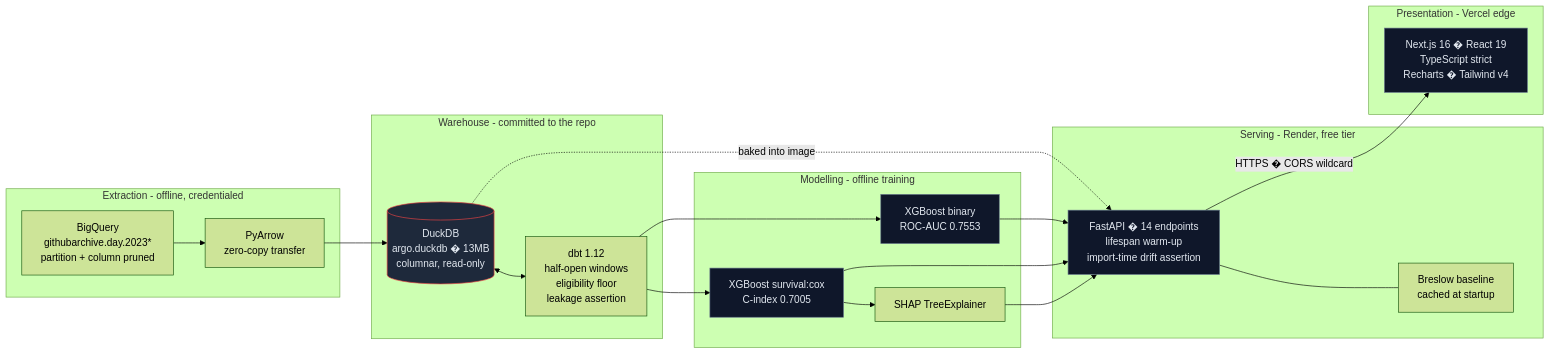
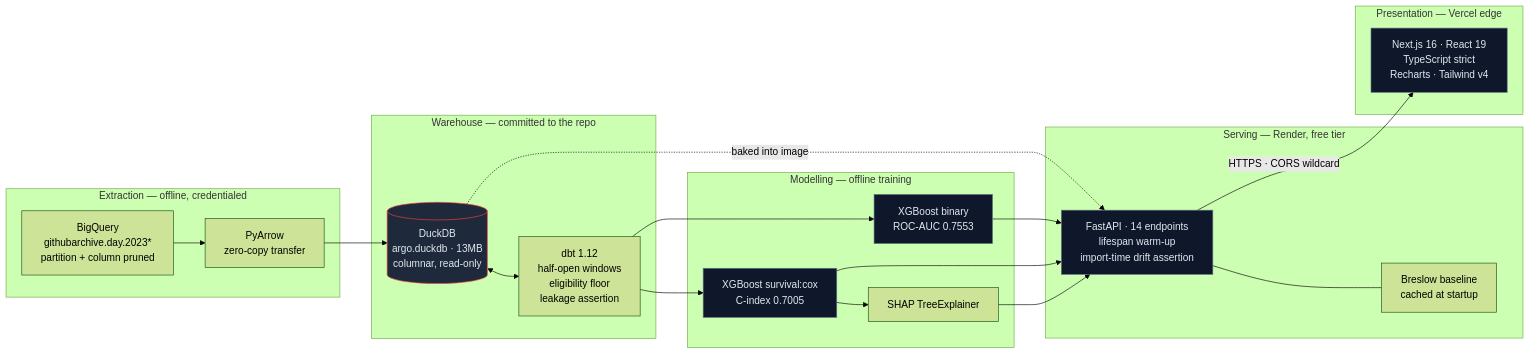
Before and after one commit to yash-rai-93/argo-data-platform: the diagram in README.md, drawn with Mermaid (forest theme). The commit also changed other lines of this file and 3 other files, not shown here.

````diff
--- a/README.md
+++ b/README.md
@@ -30,45 +30,45 @@
 ```mermaid
 flowchart LR
-    subgraph EXTRACT["Extraction - offline, credentialed"]
+    subgraph EXTRACT["Extraction — offline, credentialed"]
         BQ["BigQuery<br/>githubarchive.day.2023*<br/>partition + column pruned"]
         ARROW["PyArrow<br/>zero-copy transfer"]
         BQ --> ARROW
     end
 
-    subgraph WAREHOUSE["Warehouse - committed to the repo"]
-        DUCK[("DuckDB<br/>argo.duckdb � 13MB<br/>columnar, read-only")]
+    subgraph WAREHOUSE["Warehouse — committed to the repo"]
+        DUCK[("DuckDB<br/>argo.duckdb · 13MB<br/>columnar, read-only")]
         DBT["dbt 1.12<br/>half-open windows<br/>eligibility floor<br/>leakage assertion"]
         ARROW --> DUCK
         DUCK <--> DBT
     end
 
-    subgraph MODELS["Modelling - offline training"]
+    subgraph MODELS["Modelling — offline training"]
         COX["XGBoost survival:cox<br/>C-index 0.7005"]
         CLF["XGBoost binary<br/>ROC-AUC 0.7553"]
         SHAP["SHAP TreeExplainer"]
         DBT --> COX
         DBT --> CLF
         COX --> SHAP
     end
 
-    subgraph SERVE["Serving - Render, free tier"]
-        API["FastAPI � 14 endpoints<br/>lifespan warm-up<br/>import-time drift assertion"]
+    subgraph SERVE["Serving — Render, free tier"]
+        API["FastAPI · 14 endpoints<br/>lifespan warm-up<br/>import-time drift assertion"]
         BRES["Breslow baseline<br/>cached at startup"]
         API --- BRES
     end
 
-    subgraph EDGE["Presentation - Vercel edge"]
-        NEXT["Next.js 16 � React 19<br/>TypeScript strict<br/>Recharts � Tailwind v4"]
+    subgraph EDGE["Presentation — Vercel edge"]
+        NEXT["Next.js 16 · React 19<br/>TypeScript strict<br/>Recharts · Tailwind v4"]
     end
 
     COX --> API
     CLF --> API
     SHAP --> API
     DUCK -.->|"baked into image"| API
-    API -->|"HTTPS � CORS wildcard"| NEXT
+    API -->|"HTTPS · CORS wildcard"| NEXT
 
     classDef store fill:#1e293b,stroke:#ef4444,color:#e2e8f0
     classDef compute fill:#0f172a,stroke:#64748b,color:#e2e8f0
     class DUCK store
     class API,NEXT,COX,CLF compute
 ```
````
